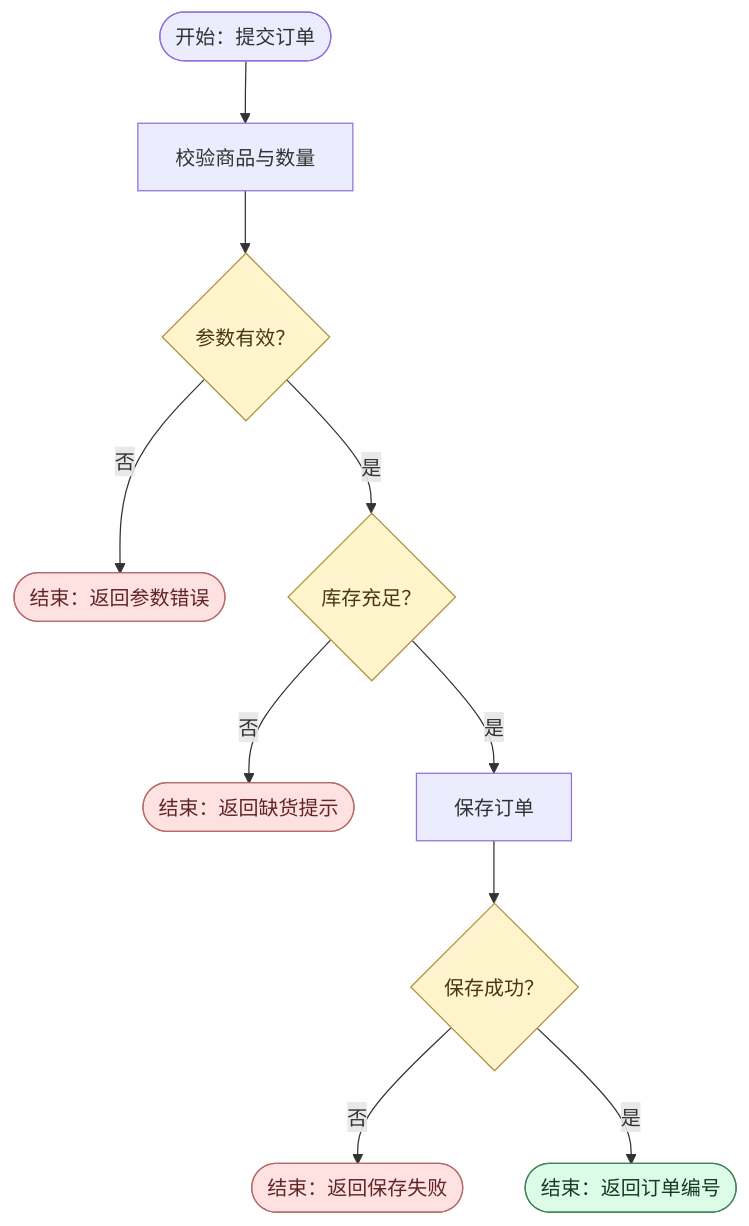
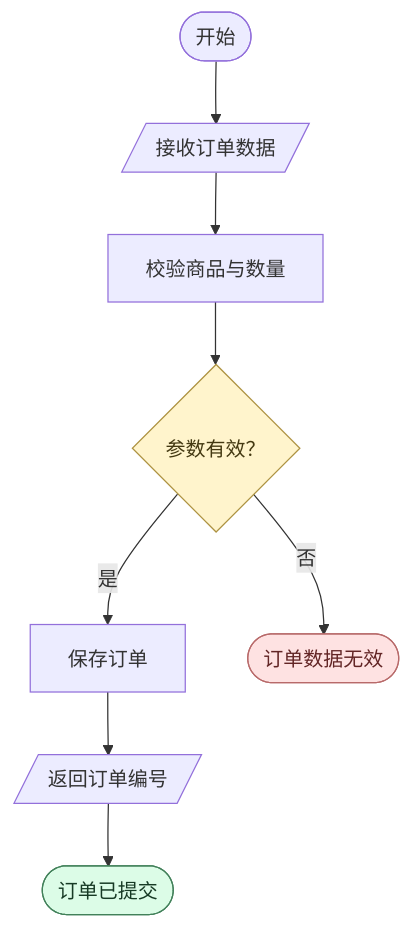
Before and after one commit to iibobo/skills: the first of 2 diagrams in skills/engineering/render-flowcharts/assets/example.md, drawn with Mermaid. The commit also changed other lines of this file and 20 other files, not shown here.

````diff
--- a/skills/engineering/render-flowcharts/assets/example.md
+++ b/skills/engineering/render-flowcharts/assets/example.md
@@ -7,18 +7,16 @@
 ```mermaid
 flowchart TB
-    Start(["开始：提交订单"]) --> Validate["校验商品与数量"]
+    Start(["开始"]) --> Input[/"接收订单数据"/]
+    Input --> Validate["校验商品与数量"]
     Validate --> Valid{"参数有效？"}
-    Valid -->|否| Invalid(["结束：返回参数错误"])
-    Valid -->|是| Stock{"库存充足？"}
-    Stock -->|否| Unavailable(["结束：返回缺货提示"])
-    Stock -->|是| Save["保存订单"]
-    Save --> Saved{"保存成功？"}
-    Saved -->|否| Failed(["结束：返回保存失败"])
-    Saved -->|是| Success(["结束：返回订单编号"])
+    Valid -->|是| Save["保存订单"]
+    Valid -->|否| Invalid(["订单数据无效"])
+    Save --> Output[/"返回订单编号"/]
+    Output --> Success(["订单已提交"])
     classDef success fill:#dcfce7,stroke:#42815a,color:#173a25
     classDef failure fill:#fee2e2,stroke:#b86a6a,color:#622525
     classDef decision fill:#fff4cc,stroke:#ae9342,color:#443912
     class Success success
-    class Invalid,Unavailable,Failed failure
-    class Valid,Stock,Saved decision
+    class Invalid failure
+    class Valid decision
 ```
````
